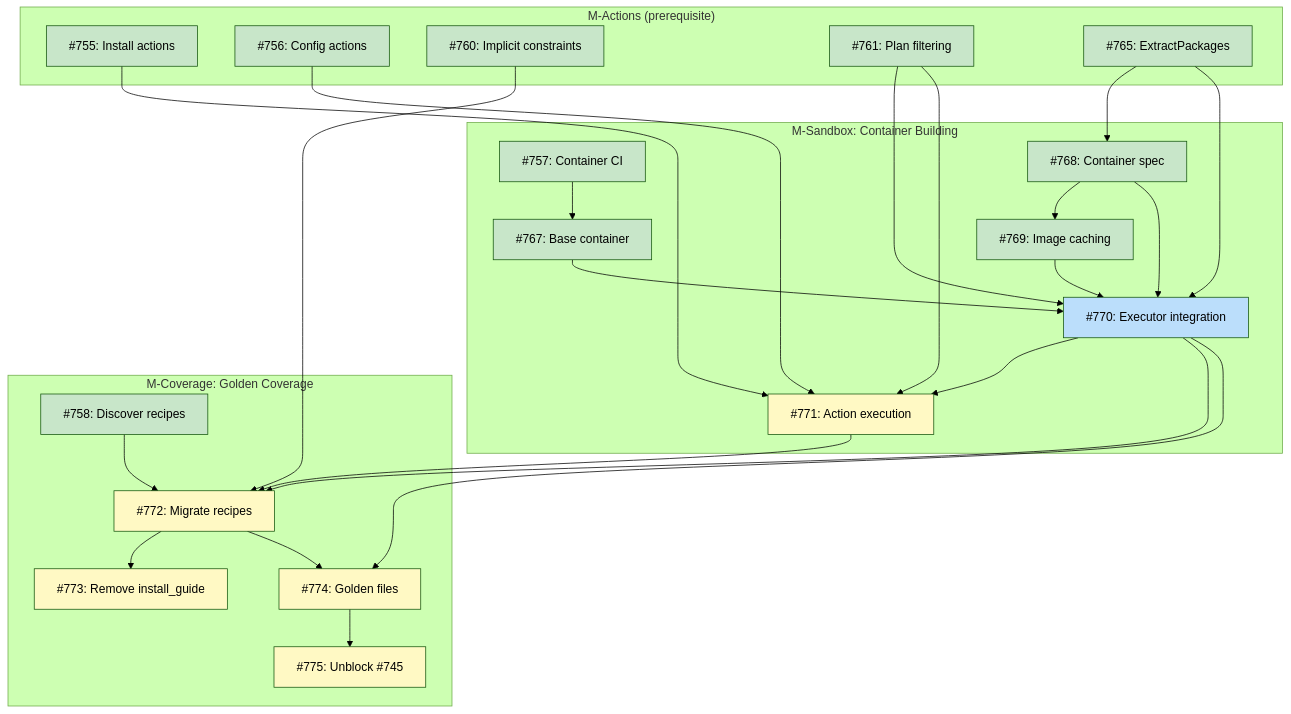
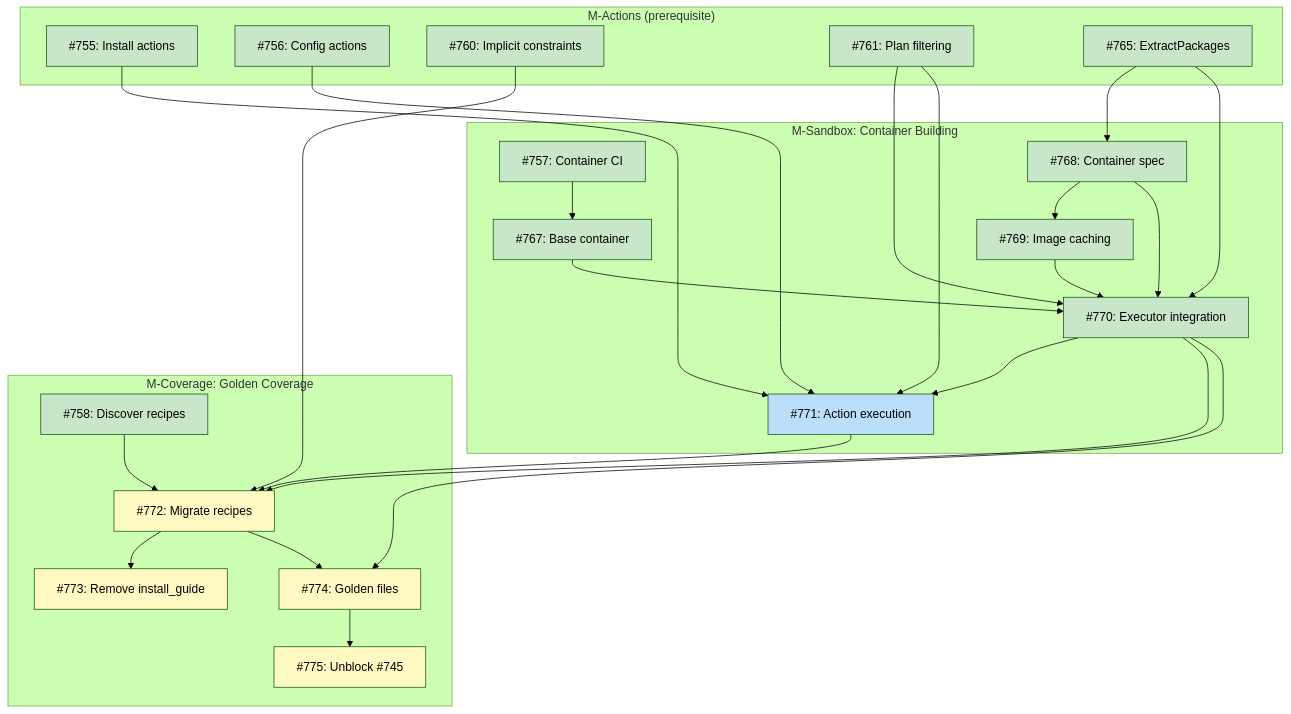
The diagram in docs/DESIGN-structured-install-guide.md (tsukumogami/tsuku), drawn with Mermaid (forest theme) before and after one commit. The commit also changed 9 other files, not shown here.

````diff
--- a/docs/DESIGN-structured-install-guide.md
+++ b/docs/DESIGN-structured-install-guide.md
@@ -32,57 +32,57 @@
 ```mermaid
 graph TD
     subgraph Actions["M-Actions (prerequisite)"]
         I755["#755: Install actions"]
         I756["#756: Config actions"]
         I760["#760: Implicit constraints"]
         I761["#761: Plan filtering"]
         I765["#765: ExtractPackages"]
     end
 
     subgraph Sandbox["M-Sandbox: Container Building"]
         I757["#757: Container CI"]
         I767["#767: Base container"]
         I768["#768: Container spec"]
         I769["#769: Image caching"]
         I770["#770: Executor integration"]
         I771["#771: Action execution"]
     end
 
     subgraph Coverage["M-Coverage: Golden Coverage"]
         I758["#758: Discover recipes"]
         I772["#772: Migrate recipes"]
         I773["#773: Remove install_guide"]
         I774["#774: Golden files"]
         I775["#775: Unblock #745"]
     end
 
     I757 --> I767
     I765 --> I768
     I768 --> I769
     I761 --> I770
     I767 --> I770
     I768 --> I770
     I769 --> I770
     I765 --> I770
     I755 --> I771
     I756 --> I771
     I770 --> I771
     I761 --> I771
     I758 --> I772
     I770 --> I772
     I771 --> I772
     I760 --> I772
     I772 --> I773
     I772 --> I774
     I770 --> I774
     I774 --> I775
 
     classDef done fill:#c8e6c9
     classDef ready fill:#bbdefb
     classDef blocked fill:#fff9c4
     classDef needsDesign fill:#e1bee7
 
-    class I755,I756,I757,I758,I760,I761,I765,I767,I768,I769 done
-    class I770 ready
-    class I771,I772,I773,I774,I775 blocked
+    class I755,I756,I757,I758,I760,I761,I765,I767,I768,I769,I770 done
+    class I771 ready
+    class I772,I773,I774,I775 blocked
 ```
````
